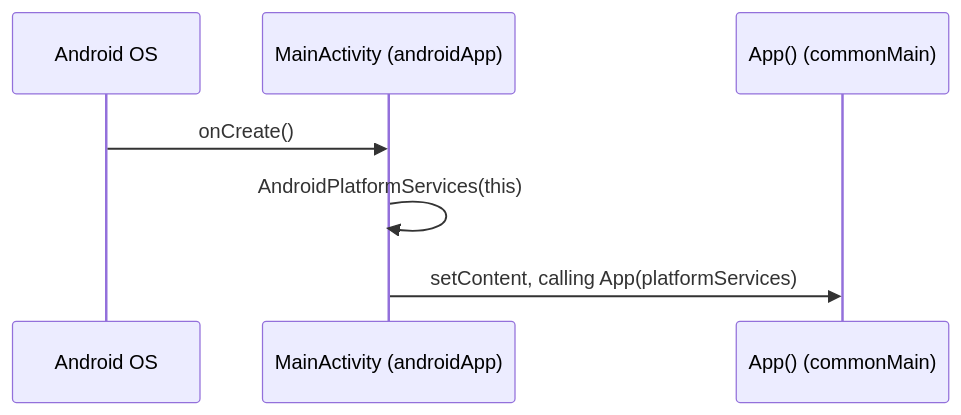
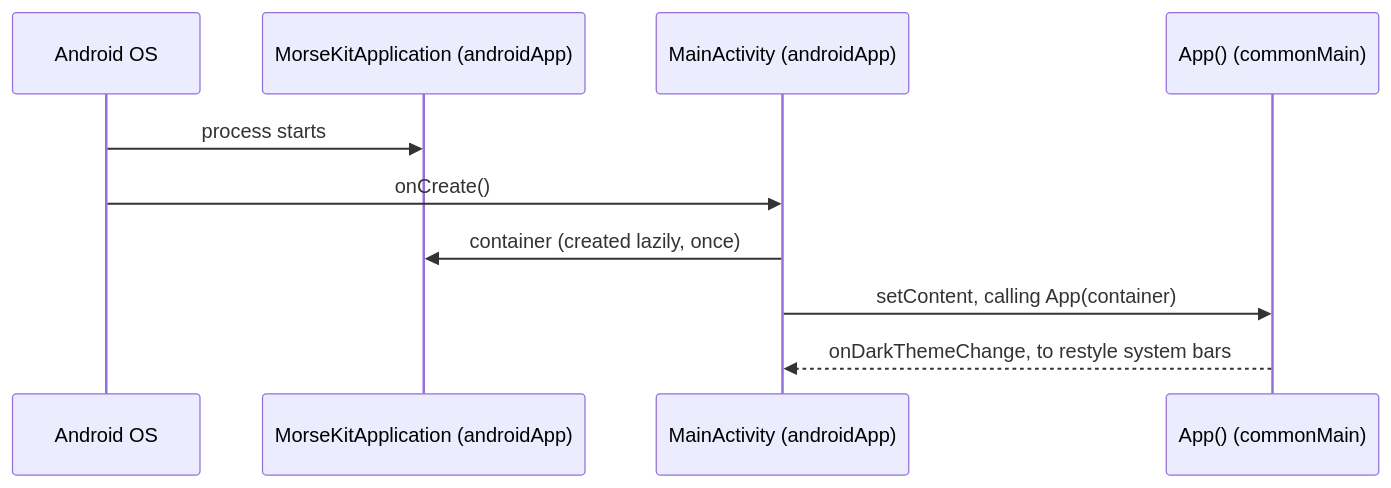
Before and after one commit to chankruze/morsekit: the third of 4 diagrams in docs/01-kmp-project-structure.md, drawn with Mermaid. The commit also changed other lines of this file and 6 other files, not shown here.

First line of the commit message:
docs: document settings architecture and update roadmap

````diff
--- a/docs/01-kmp-project-structure.md
+++ b/docs/01-kmp-project-structure.md
@@ -103,9 +103,12 @@
 ```mermaid
 sequenceDiagram
     participant OS as Android OS
+    participant MKA as MorseKitApplication (androidApp)
     participant MA as MainActivity (androidApp)
     participant App as App() (commonMain)
+    OS->>MKA: process starts
     OS->>MA: onCreate()
-    MA->>MA: AndroidPlatformServices(this)
-    MA->>App: setContent, calling App(platformServices)
+    MA->>MKA: container (created lazily, once)
+    MA->>App: setContent, calling App(container)
+    App-->>MA: onDarkThemeChange, to restyle system bars
 ```
````
